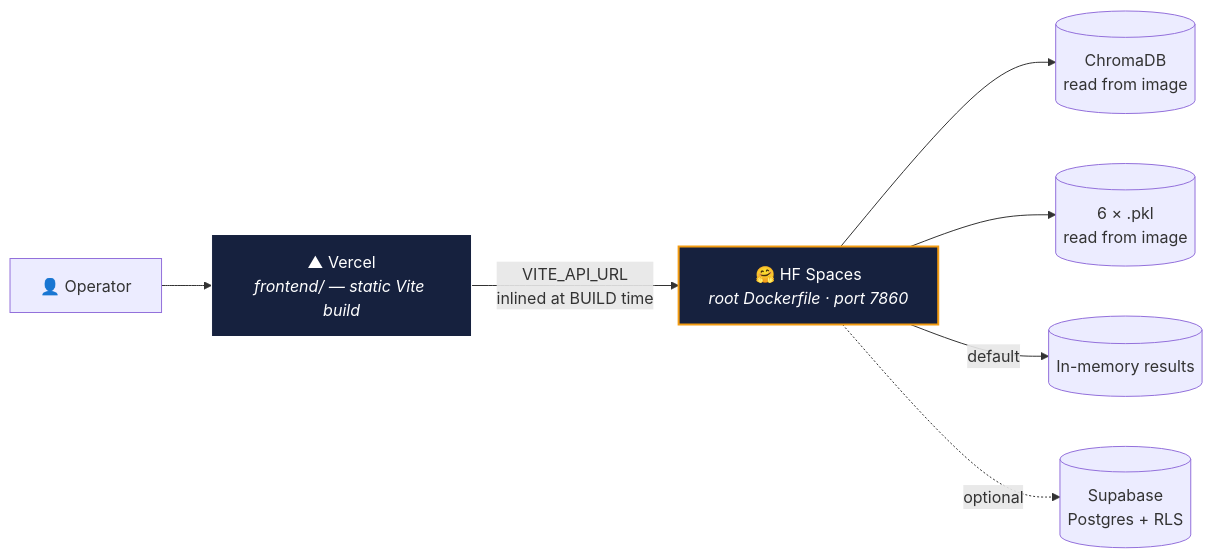
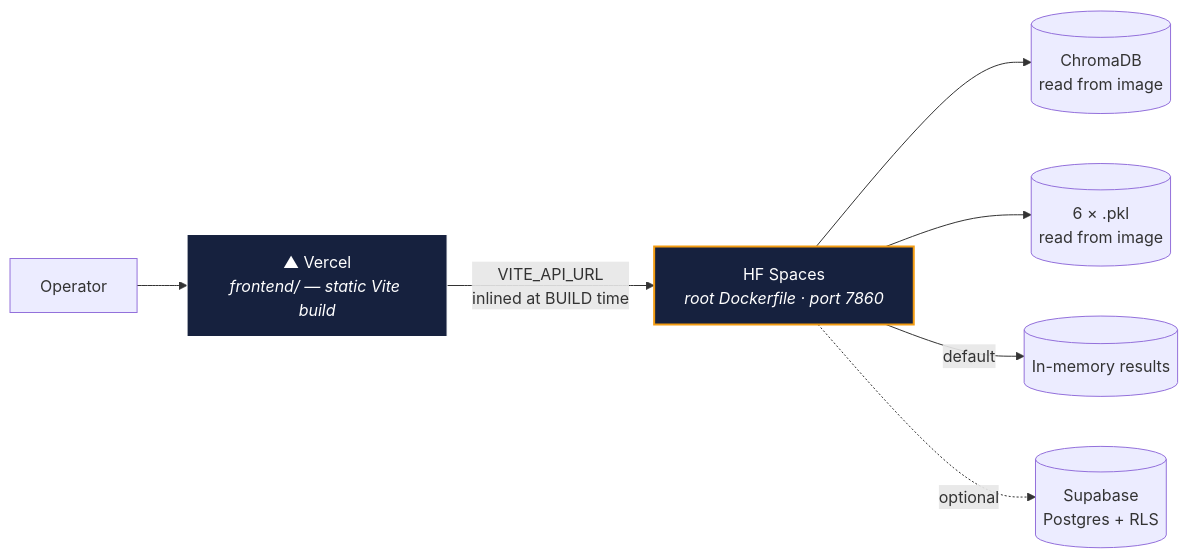
The sixth of 6 diagrams in README.md (trh-ds/HelioOps), drawn with Mermaid before and after one commit. The commit also changed other lines of this file, not shown here.

````diff
--- a/README.md
+++ b/README.md
@@ -561,12 +561,12 @@
 ```mermaid
 flowchart LR
-    U["👤 Operator"] --> V["▲ Vercel<br/><i>frontend/ — static Vite build</i>"]
-    V -->|"VITE_API_URL<br/>inlined at BUILD time"| H["🤗 HF Spaces<br/><i>root Dockerfile · port 7860</i>"]
+    U["Operator"] --> V["▲ Vercel<br/><i>frontend/ — static Vite build</i>"]
+    V -->|"VITE_API_URL<br/>inlined at BUILD time"| H["HF Spaces<br/><i>root Dockerfile · port 7860</i>"]
     H --> C[("ChromaDB<br/>read from image")]
     H --> M[("6 × .pkl<br/>read from image")]
     H -->|default| I[("In-memory results")]
     H -.optional.-> S[("Supabase<br/>Postgres + RLS")]
 
     style V fill:#16213e,stroke:#ffffff,color:#fff
     style H fill:#16213e,stroke:#f39c12,stroke-width:2px,color:#fff
 ```
````
